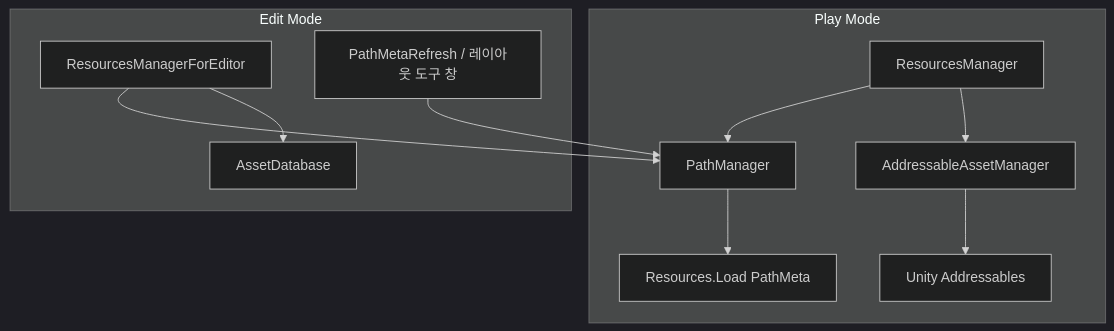
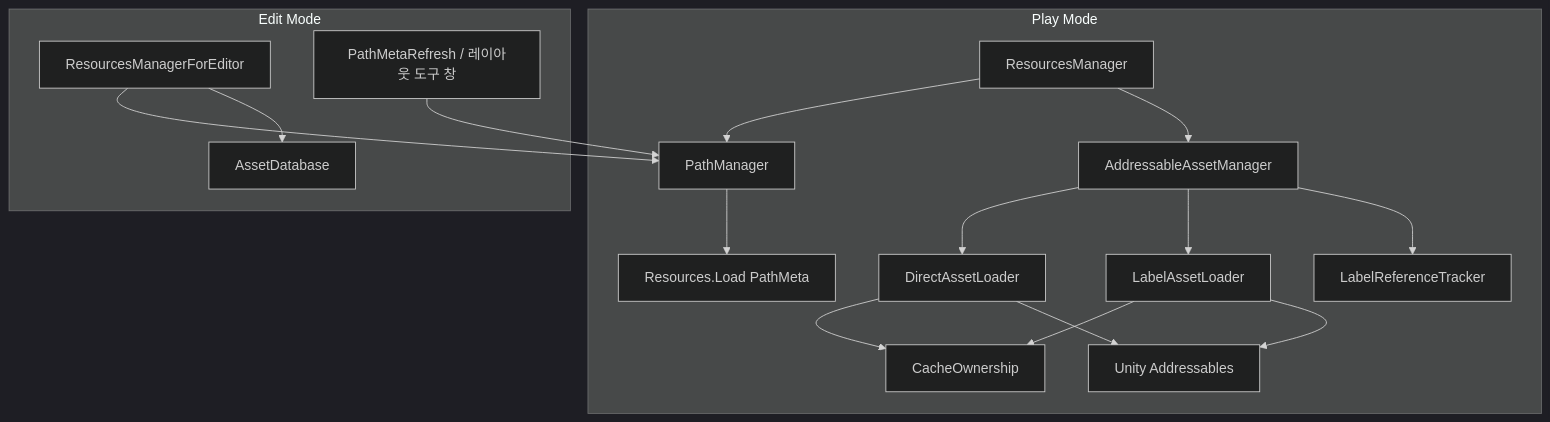
One commit to monet5379/unity-addressable changed the diagram in docs/architecture/Architecture_AddressableLayout.md. Above: the diagram before and after it, drawn with Mermaid (dark theme). The commit also changed other lines of this file and 20 other files, not shown here.

First line of the commit message:
refactor(runtime): Direct·Label 로더 분리 및 load group rename

````diff
--- a/docs/architecture/Architecture_AddressableLayout.md
+++ b/docs/architecture/Architecture_AddressableLayout.md
@@ -61,20 +67,29 @@
 ```mermaid
 flowchart TB
     subgraph play [Play Mode]
         RM[ResourcesManager]
         PM[PathManager]
         AAM[AddressableAssetManager]
+        Direct[DirectAssetLoader]
+        Labels[LabelAssetLoader]
+        Refs[LabelReferenceTracker]
         RM --> PM
         RM --> AAM
-        AAM --> Addr[Unity Addressables]
+        AAM --> Direct
+        AAM --> Labels
+        AAM --> Refs
+        Direct --> CO[CacheOwnership]
+        Labels --> CO
+        Direct --> Addr[Unity Addressables]
+        Labels --> Addr
         PM --> ResLoad[Resources.Load PathMeta]
     end
 
     subgraph edit [Edit Mode]
         RME[ResourcesManagerForEditor]
         Refresh[PathMetaRefresh / 레이아웃 도구 창]
         RME --> PM
         RME --> ADB[AssetDatabase]
         Refresh --> PM
     end
 ```
````
